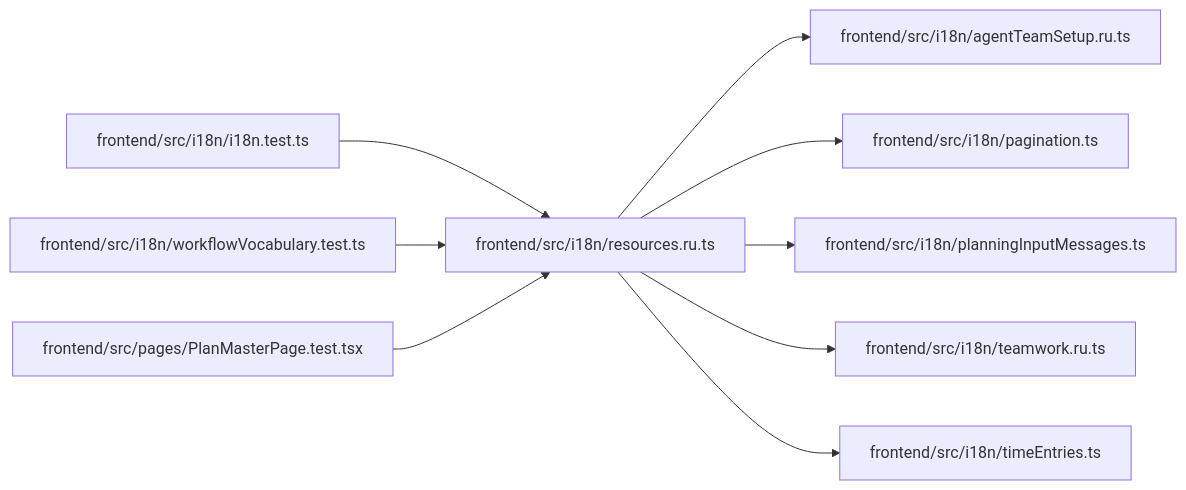
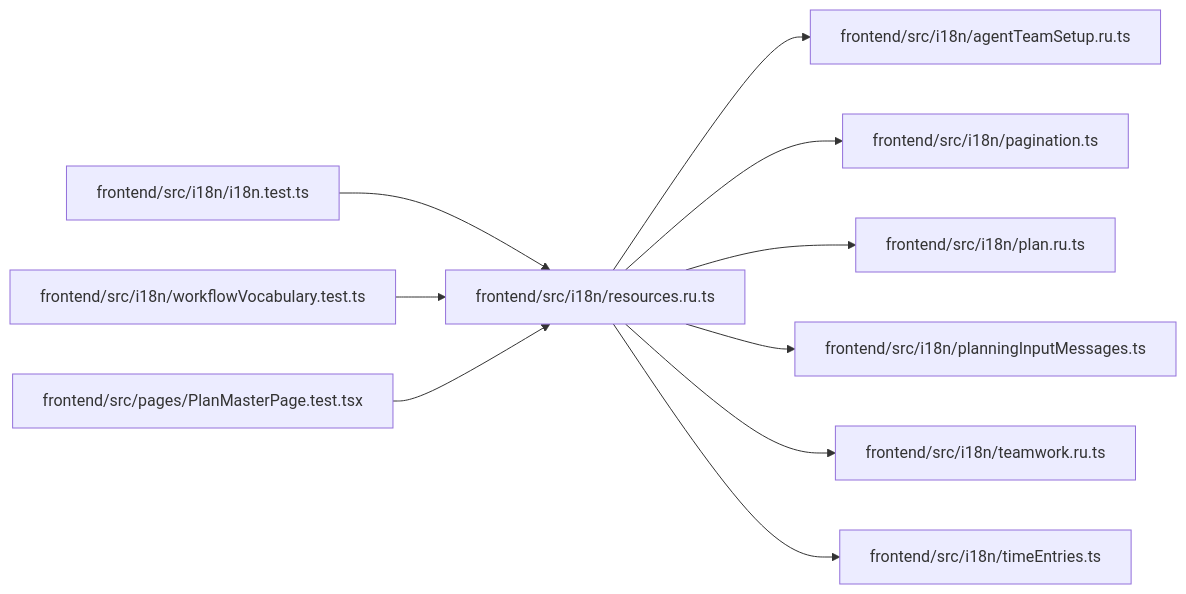
The diagram in docs/llm_wiki/modules/resources.ru.md (Denissvgn/WorkChord), drawn with Mermaid before and after one commit. The commit also changed other lines of this file and 375 other files, not shown here.

````diff
--- a/docs/llm_wiki/modules/resources.ru.md
+++ b/docs/llm_wiki/modules/resources.ru.md
@@ -29,29 +30,32 @@
 ```mermaid
 flowchart LR
     n0["frontend/src/i18n/agentTeamSetup.ru.ts"]
     n1["frontend/src/i18n/i18n.test.ts"]
     n2["frontend/src/i18n/pagination.ts"]
-    n3["frontend/src/i18n/planningInputMessages.ts"]
-    n4["frontend/src/i18n/resources.ru.ts"]
-    n5["frontend/src/i18n/teamwork.ru.ts"]
-    n6["frontend/src/i18n/timeEntries.ts"]
-    n7["frontend/src/i18n/workflowVocabulary.test.ts"]
-    n8["frontend/src/pages/PlanMasterPage.test.tsx"]
-    n1 --> n4
-    n4 --> n0
-    n4 --> n2
-    n4 --> n3
-    n4 --> n5
-    n4 --> n6
-    n7 --> n4
-    n8 --> n4
+    n3["frontend/src/i18n/plan.ru.ts"]
+    n4["frontend/src/i18n/planningInputMessages.ts"]
+    n5["frontend/src/i18n/resources.ru.ts"]
+    n6["frontend/src/i18n/teamwork.ru.ts"]
+    n7["frontend/src/i18n/timeEntries.ts"]
+    n8["frontend/src/i18n/workflowVocabulary.test.ts"]
+    n9["frontend/src/pages/PlanMasterPage.test.tsx"]
+    n1 --> n5
+    n5 --> n0
+    n5 --> n2
+    n5 --> n3
+    n5 --> n4
+    n5 --> n6
+    n5 --> n7
+    n8 --> n5
+    n9 --> n5
     click n0 "../modules/agentTeamSetup.ru.md"
     click n1 "../modules/i18n.test.md"
     click n2 "../modules/pagination.md"
-    click n3 "../modules/planningInputMessages.md"
-    click n4 "../modules/resources.ru.md"
-    click n5 "../modules/teamwork.ru.md"
-    click n6 "../modules/timeEntries.md"
-    click n7 "../modules/workflowVocabulary.test.md"
-    click n8 "../modules/PlanMasterPage.test.md"
+    click n3 "../modules/plan.ru.md"
+    click n4 "../modules/planningInputMessages.md"
+    click n5 "../modules/resources.ru.md"
+    click n6 "../modules/teamwork.ru.md"
+    click n7 "../modules/timeEntries.md"
+    click n8 "../modules/workflowVocabulary.test.md"
+    click n9 "../modules/PlanMasterPage.test.md"
 ```
````
